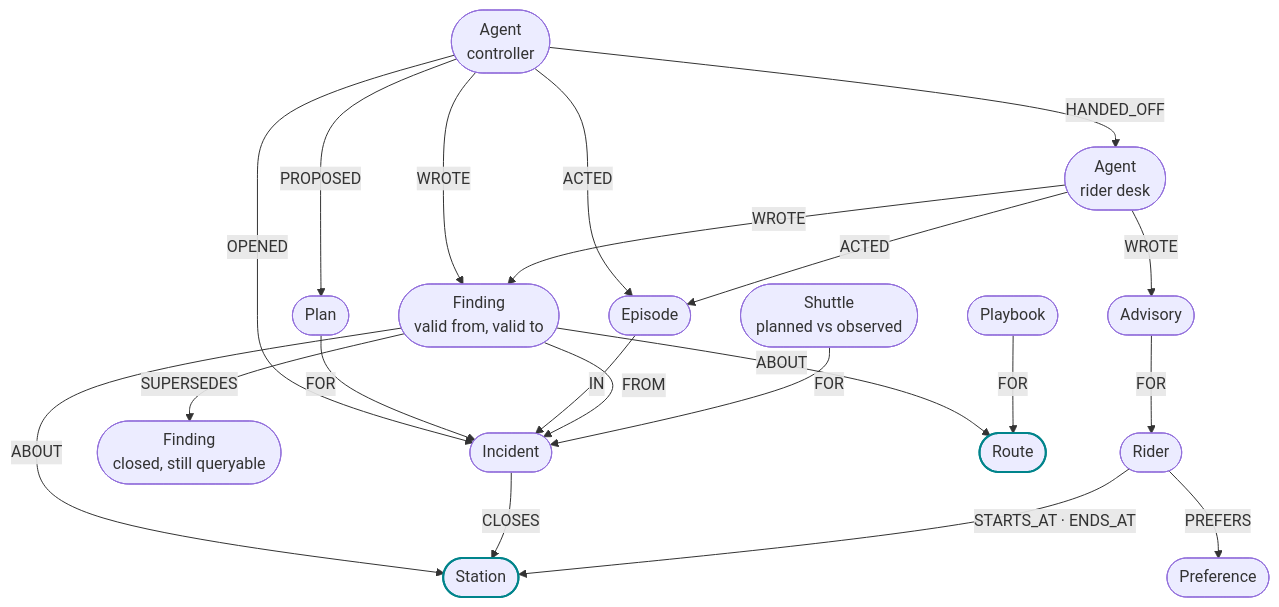
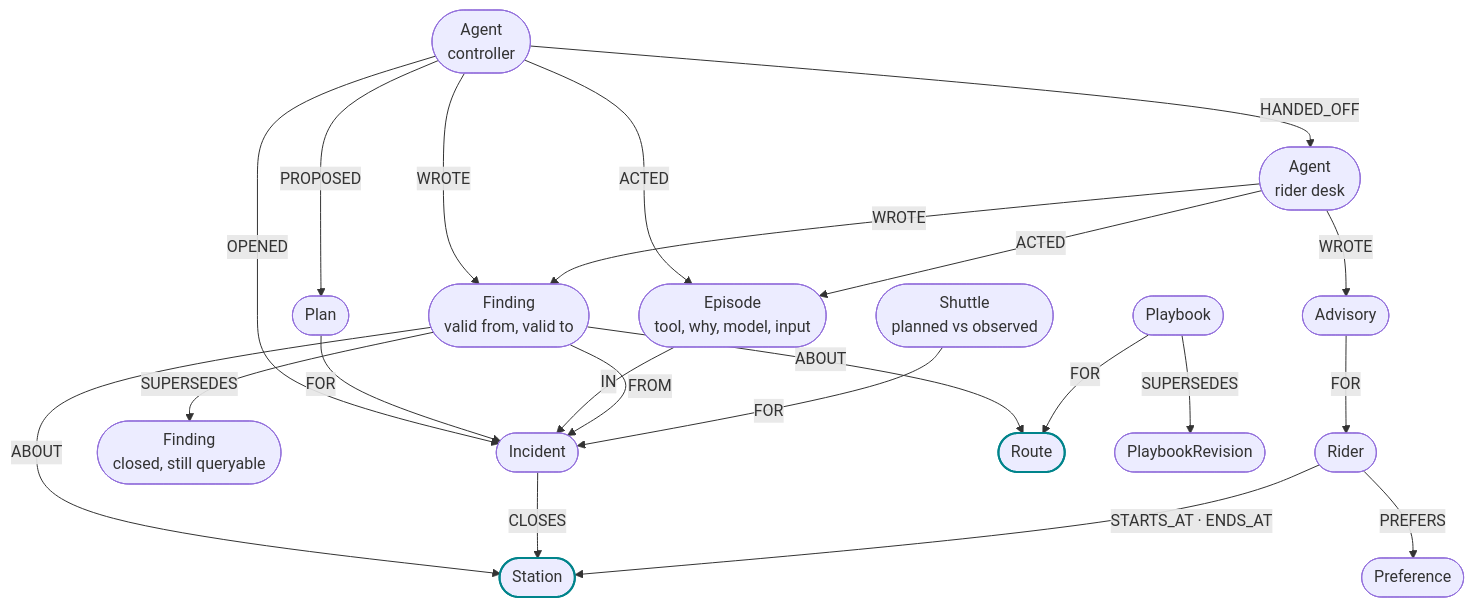
One commit to SaudSatopay/detour changed the third of 3 diagrams in README.md. Above: the diagram before and after it, drawn with Mermaid. The commit also changed other lines of this file, not shown here.

First line of the commit message:
The README leads with the evidence: held-out tests against baselines, the MCP tool path and the MTA's real records

````diff
--- a/README.md
+++ b/README.md
@@ -164,23 +209,24 @@
 ```mermaid
 flowchart TB
     controller(["Agent<br/>controller"]) -- HANDED_OFF --> desk(["Agent<br/>rider desk"])
     controller -- OPENED --> incident(["Incident"])
     controller -- PROPOSED --> plan(["Plan"])
-    controller & desk -- ACTED --> episode(["Episode"])
+    controller & desk -- ACTED --> episode(["Episode<br/>tool, why, model, input"])
     controller & desk -- WROTE --> finding(["Finding<br/>valid from, valid to"])
     desk -- WROTE --> advisory(["Advisory"])
     plan -- FOR --> incident
     episode -- IN --> incident
     finding -- FROM --> incident
     finding -- SUPERSEDES --> closed(["Finding<br/>closed, still queryable"])
     shuttle(["Shuttle<br/>planned vs observed"]) -- FOR --> incident
     advisory -- FOR --> rider(["Rider"])
     rider -- PREFERS --> preference(["Preference"])
     finding -- ABOUT --> station(["Station"])
     incident -- CLOSES --> station
     rider -- "STARTS_AT · ENDS_AT" --> station
     finding -- ABOUT --> route(["Route"])
     playbook(["Playbook"]) -- FOR --> route
+    playbook -- SUPERSEDES --> revision(["PlaybookRevision"])
     classDef network stroke:#00848b,stroke-width:2px
     class station,route network
 ```
````
